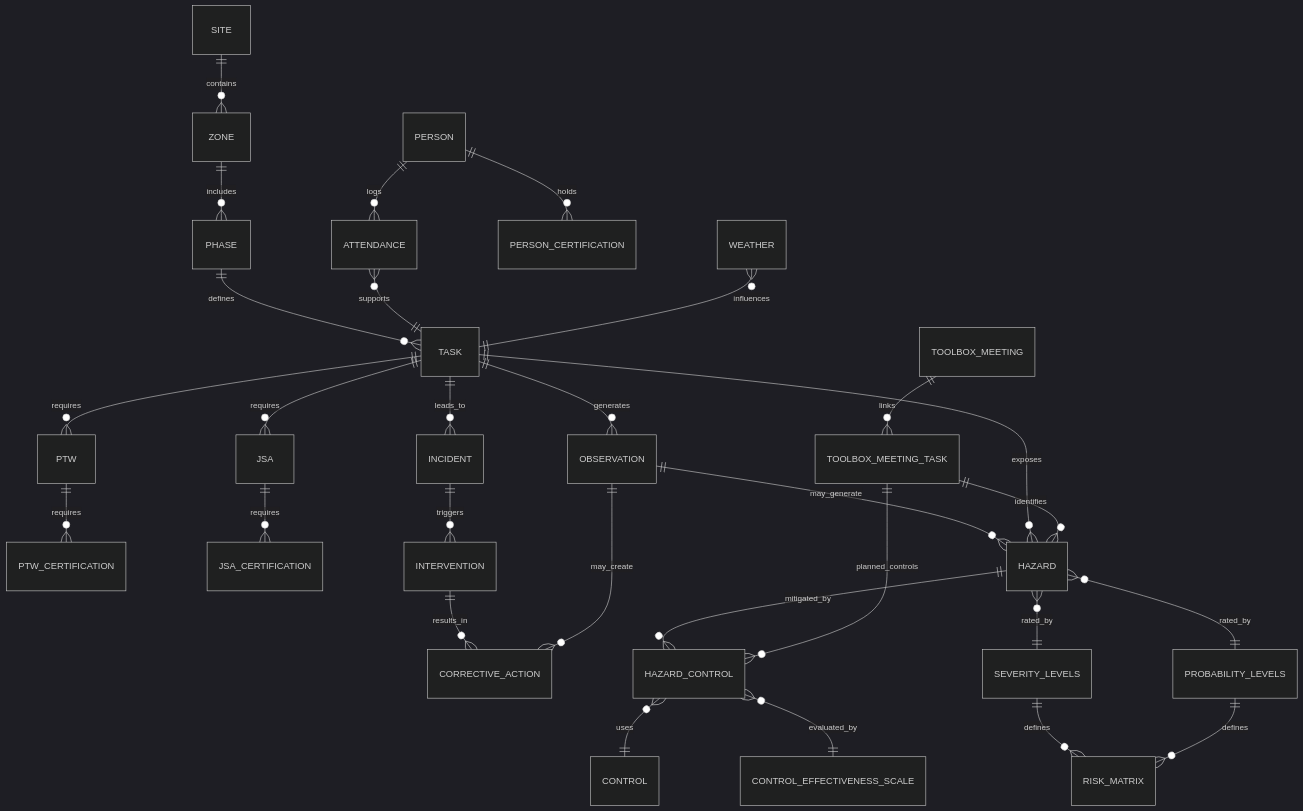
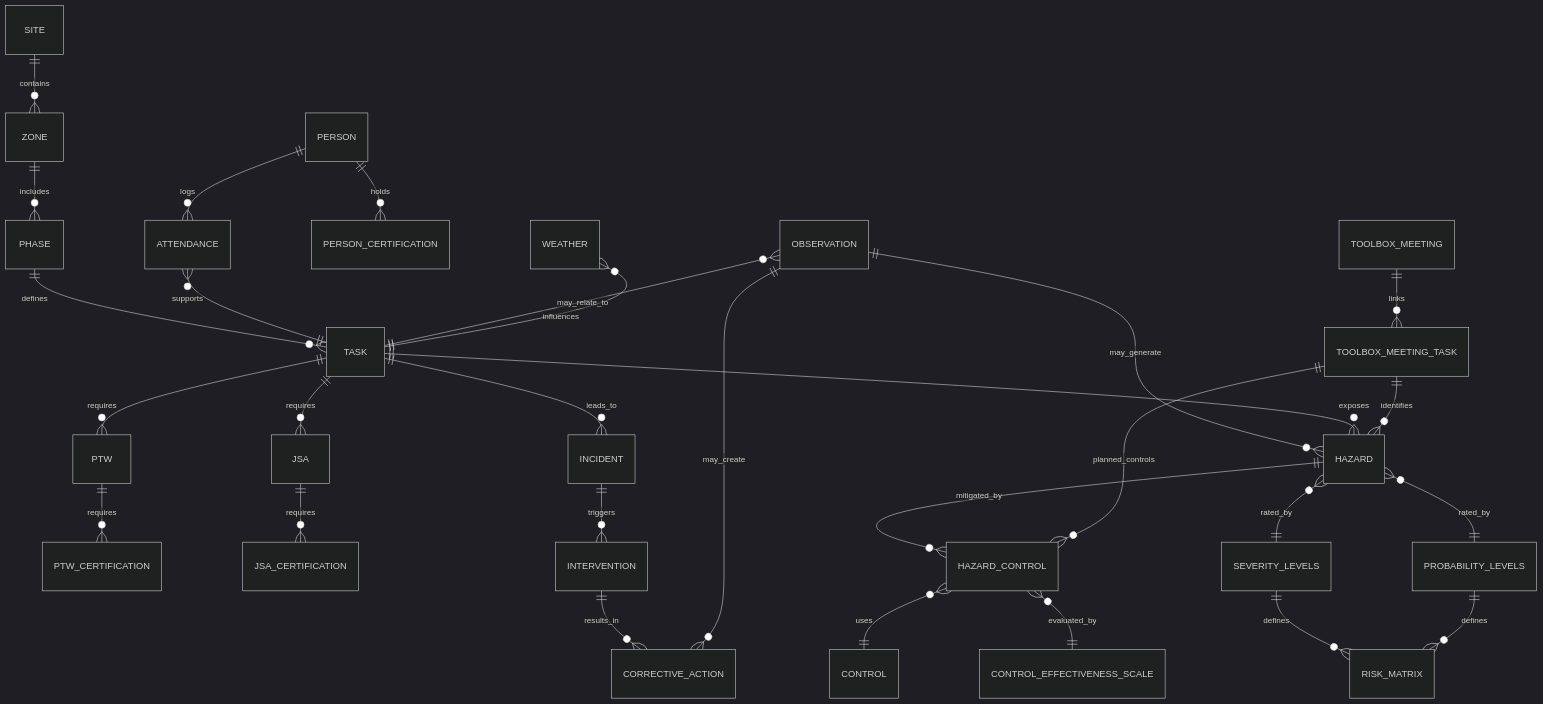
One commit to Euchie23/Euchie23 changed the second of 2 diagrams in README.md. Above: the diagram before and after it, drawn with Mermaid (dark theme).

````diff
--- a/README.md
+++ b/README.md
@@ -129,41 +129,41 @@
 ```mermaid
 erDiagram
     SITE ||--o{ ZONE : contains
     ZONE ||--o{ PHASE : includes
     PHASE ||--o{ TASK : defines
 
     PERSON ||--o{ ATTENDANCE : logs
     ATTENDANCE }o--|| TASK : supports
 
     TASK ||--o{ PTW : requires
     TASK ||--o{ JSA : requires
 
     PERSON ||--o{ PERSON_CERTIFICATION : holds
     PTW ||--o{ PTW_CERTIFICATION : requires
     JSA ||--o{ JSA_CERTIFICATION : requires
 
     TASK ||--o{ INCIDENT : leads_to
     INCIDENT ||--o{ INTERVENTION : triggers
     INTERVENTION ||--o{ CORRECTIVE_ACTION : results_in
 
-    TASK ||--o{ OBSERVATION : generates
+    OBSERVATION }o--|| TASK  : may_relate_to
     OBSERVATION ||--o{ HAZARD : may_generate
     OBSERVATION ||--o{ CORRECTIVE_ACTION : may_create
 
     TASK ||--o{ HAZARD : exposes
     HAZARD ||--o{ HAZARD_CONTROL : mitigated_by
     HAZARD_CONTROL }o--|| CONTROL : uses
 
     TOOLBOX_MEETING ||--o{ TOOLBOX_MEETING_TASK : links
     TOOLBOX_MEETING_TASK ||--o{ HAZARD : identifies
     TOOLBOX_MEETING_TASK ||--o{ HAZARD_CONTROL : planned_controls
 
     HAZARD }o--|| SEVERITY_LEVELS : rated_by
     HAZARD }o--|| PROBABILITY_LEVELS : rated_by
     SEVERITY_LEVELS ||--o{ RISK_MATRIX : defines
     PROBABILITY_LEVELS ||--o{ RISK_MATRIX : defines
 
     HAZARD_CONTROL }o--|| CONTROL_EFFECTIVENESS_SCALE : evaluated_by
 
     WEATHER }o--|| TASK : influences
 ```
````
